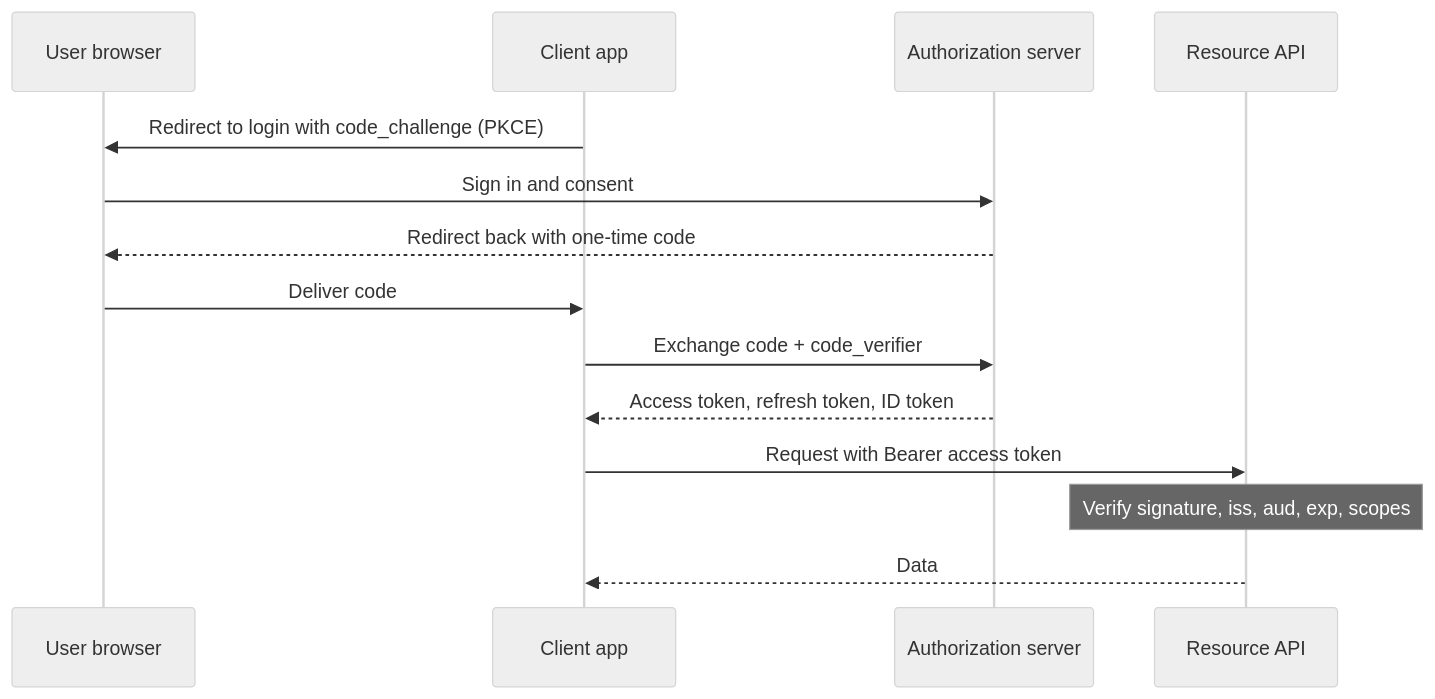
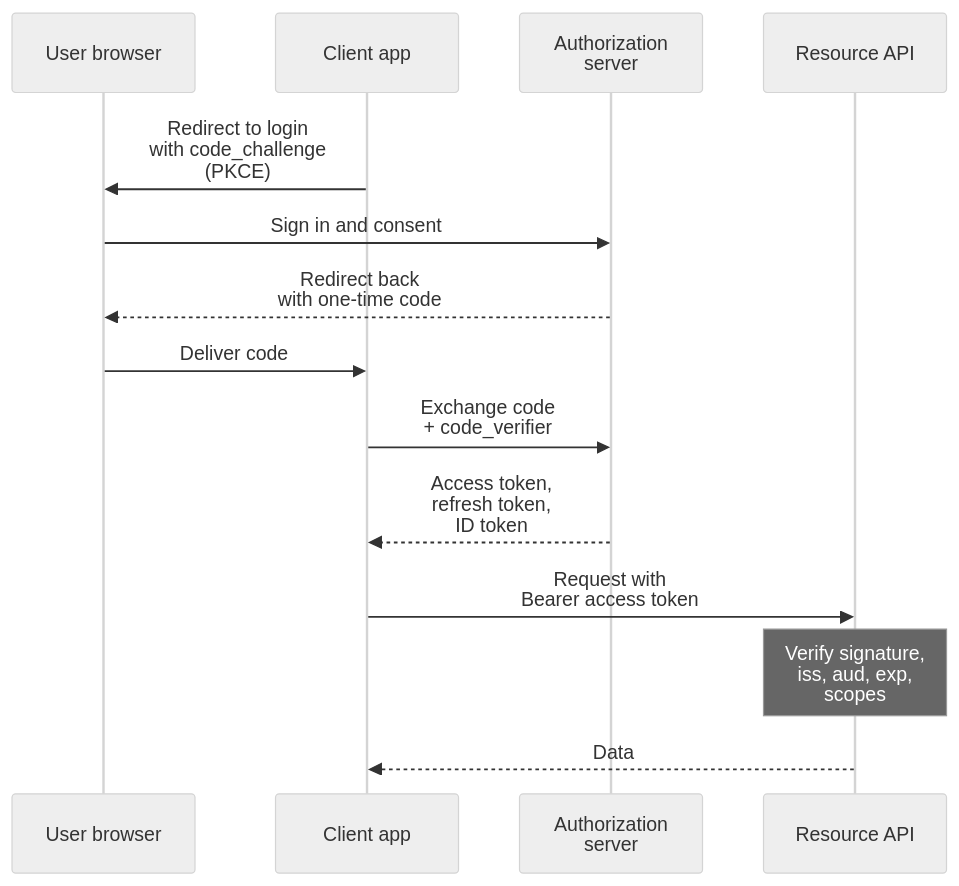
Before and after one commit to butyavk/system-design: the third of 3 diagrams in src/content/docs/reliability/security.mdx, drawn with Mermaid (neutral theme). The commit also changed other lines of this file and 144 other files, not shown here.

````diff
--- a/src/content/docs/reliability/security.mdx
+++ b/src/content/docs/reliability/security.mdx
@@ -118,16 +118,16 @@
 ```mermaid
 sequenceDiagram
   participant U as User browser
   participant C as Client app
-  participant AS as Authorization server
+  participant AS as Authorization<br/>server
   participant API as Resource API
-  C->>U: Redirect to login with code_challenge (PKCE)
+  C->>U: Redirect to login<br/>with code_challenge<br/>(PKCE)
   U->>AS: Sign in and consent
-  AS-->>U: Redirect back with one-time code
+  AS-->>U: Redirect back<br/>with one-time code
   U->>C: Deliver code
-  C->>AS: Exchange code + code_verifier
-  AS-->>C: Access token, refresh token, ID token
-  C->>API: Request with Bearer access token
-  Note over API: Verify signature, iss, aud, exp, scopes
+  C->>AS: Exchange code<br/>+ code_verifier
+  AS-->>C: Access token,<br/>refresh token,<br/>ID token
+  C->>API: Request with<br/>Bearer access token
+  Note over API: Verify signature,<br/>iss, aud, exp,<br/>scopes
   API-->>C: Data
 ```
````
